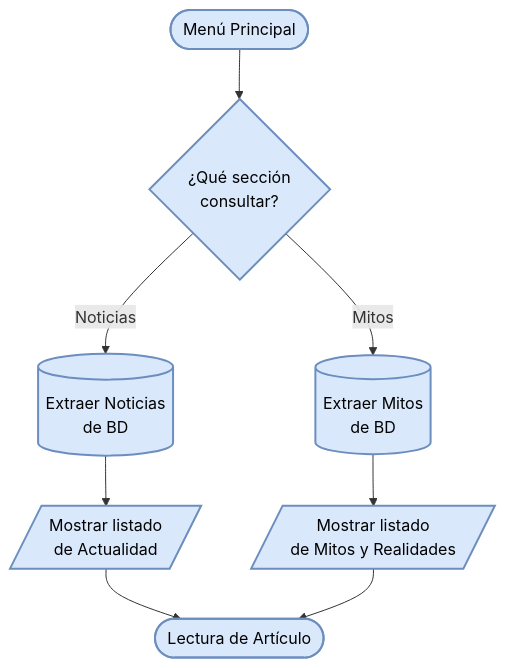
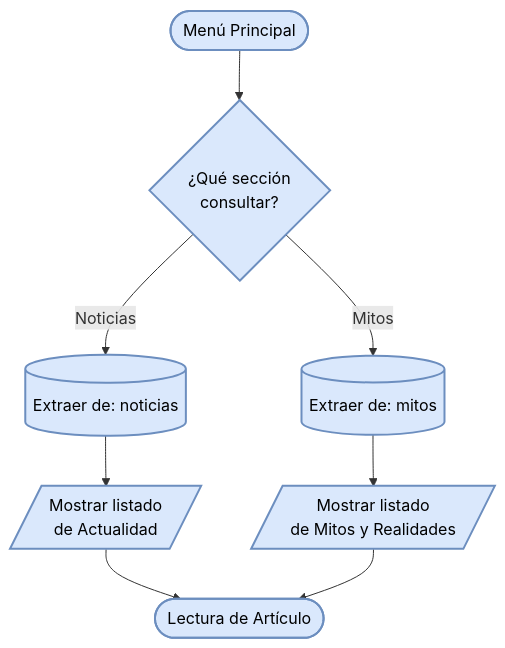
The diagram in docs/dfd_07_seccion_informativa.md (ManuelZunigaDev/debihaby), drawn with Mermaid before and after one commit. The commit also changed 9 other files, not shown here.

Commit message:
docs: DFD and diagrams, and structure BD V2

````diff
--- a/docs/dfd_07_seccion_informativa.md
+++ b/docs/dfd_07_seccion_informativa.md
@@ -5,13 +5,13 @@
 ```mermaid
 flowchart TD
     Inicio([Menú Principal]) --> Seleccionar{¿Qué sección <br> consultar?}
-    Seleccionar -- Noticias --> ConsultaNoticias[(Extraer Noticias <br> de BD)]
-    Seleccionar -- Mitos --> ConsultaMitos[(Extraer Mitos <br> de BD)]
+    Seleccionar -- Noticias --> ConsultaNoticias[(Extraer de: noticias)]
+    Seleccionar -- Mitos --> ConsultaMitos[(Extraer de: mitos)]
     ConsultaNoticias --> MostrarN[/Mostrar listado <br> de Actualidad/]
     ConsultaMitos --> MostrarM[/Mostrar listado <br> de Mitos y Realidades/]
     MostrarN --> Leer([Lectura de Artículo])
     MostrarM --> Leer
 
     %% Estilo general tipo Visio/DIA
     classDef default fill:#dae8fc,stroke:#6c8ebf,stroke-width:2px,color:#000;
 ```
````
